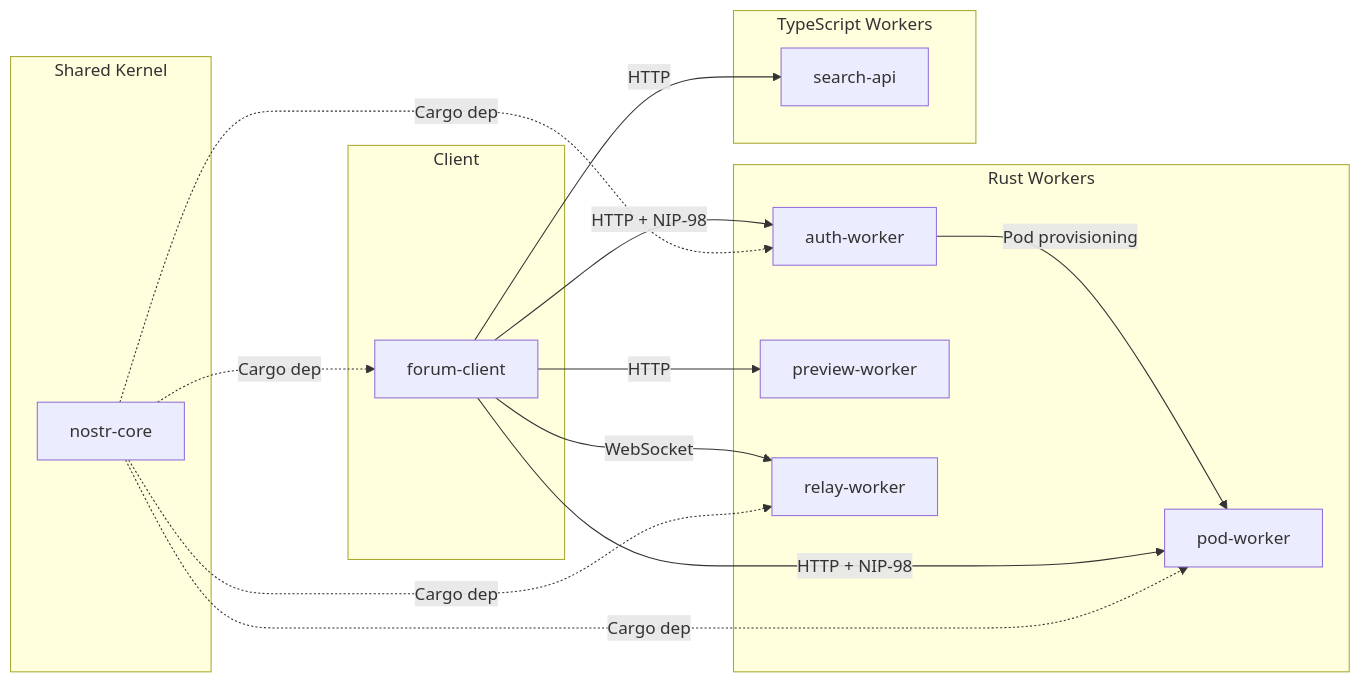
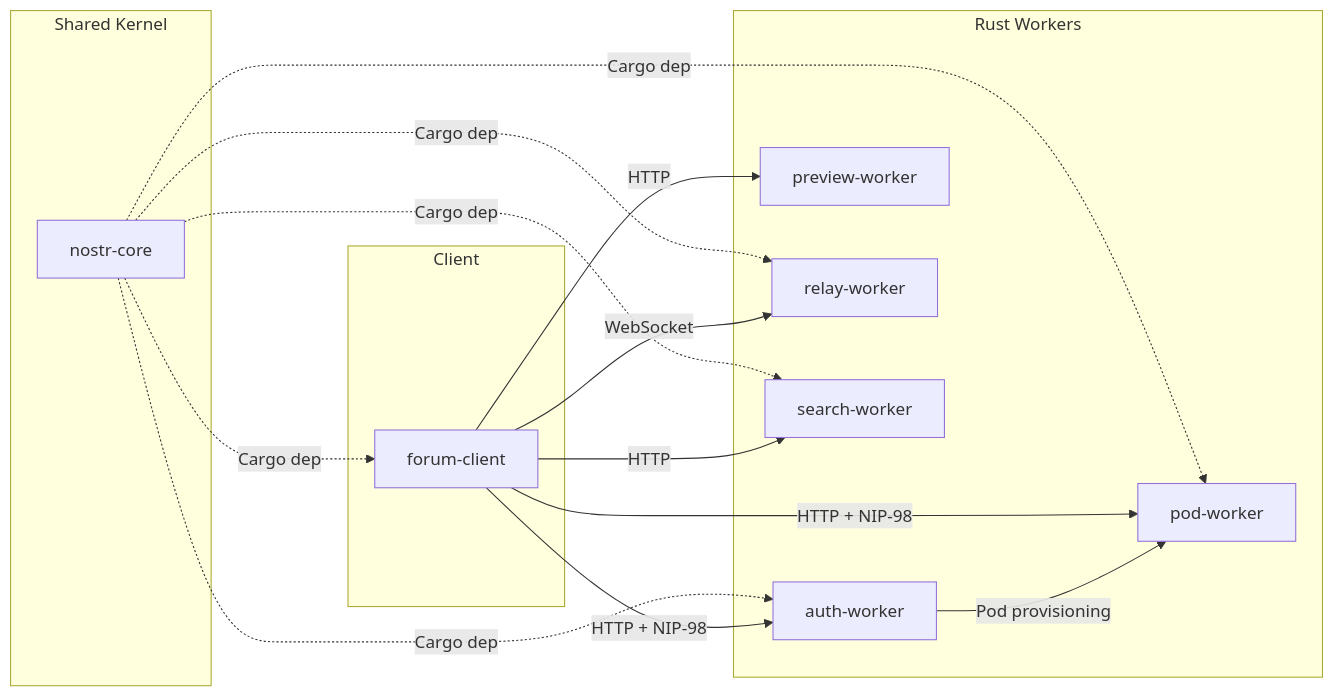
The second of 2 diagrams in docs/ddd/README.md (DreamLab-AI/dreamlab-ai-website), drawn with Mermaid before and after one commit. The commit also changed other lines of this file and 32 other files, not shown here.

````diff
--- a/docs/ddd/README.md
+++ b/docs/ddd/README.md
@@ -53,32 +54,30 @@
 ```mermaid
 graph LR
     subgraph "Shared Kernel"
         NC["nostr-core"]
     end
 
     subgraph "Client"
         FC["forum-client"]
     end
 
     subgraph "Rust Workers"
         AW["auth-worker"]
         PW["pod-worker"]
         PV["preview-worker"]
         RW["relay-worker"]
-    end
-
-    subgraph "TypeScript Workers"
-        SA["search-api"]
+        SW["search-worker"]
     end
 
     NC -.->|"Cargo dep"| FC
     NC -.->|"Cargo dep"| AW
     NC -.->|"Cargo dep"| PW
     NC -.->|"Cargo dep"| RW
+    NC -.->|"Cargo dep"| SW
     FC -->|"HTTP + NIP-98"| AW
     FC -->|"HTTP + NIP-98"| PW
     FC -->|"HTTP"| PV
     FC -->|"WebSocket"| RW
-    FC -->|"HTTP"| SA
+    FC -->|"HTTP"| SW
     AW -->|"Pod provisioning"| PW
 ```
````
